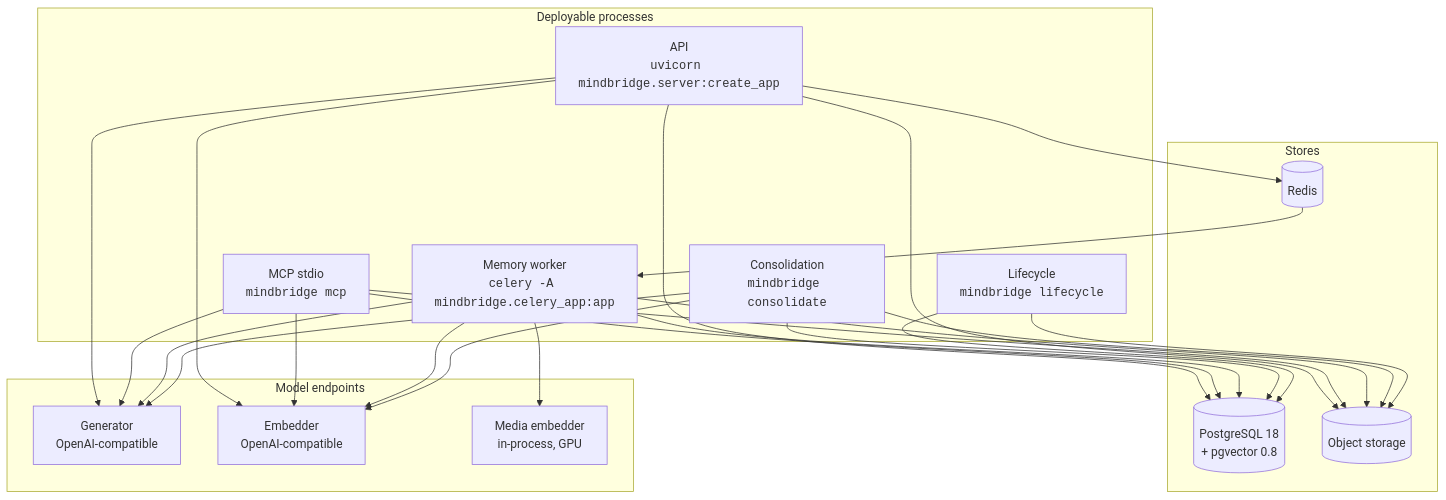
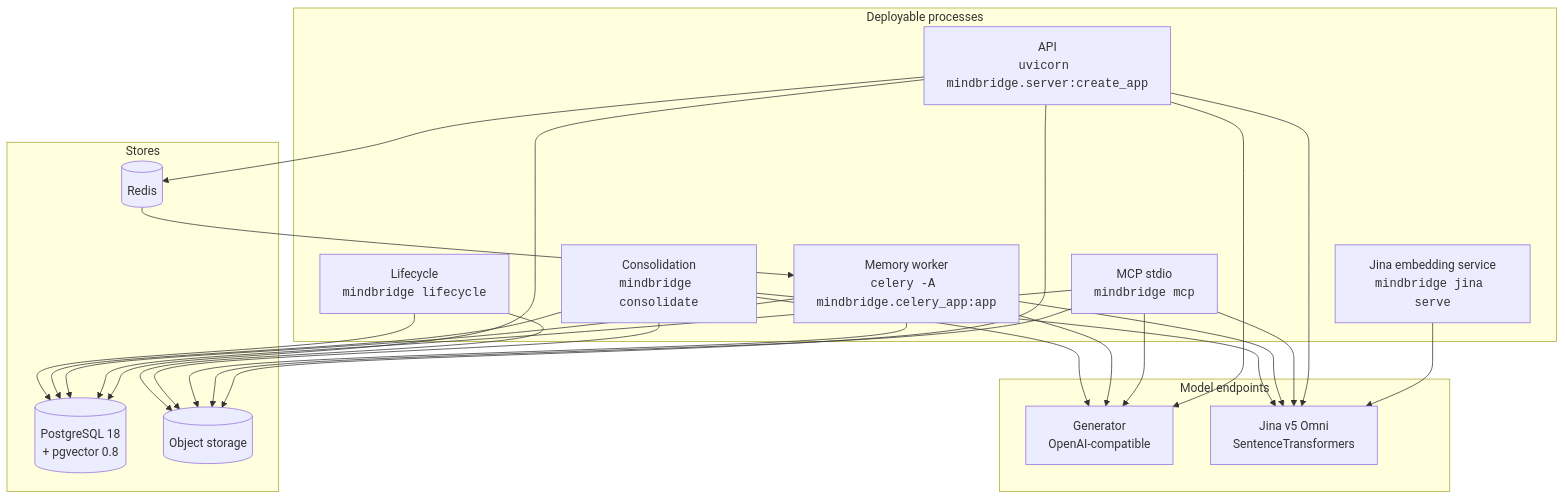
One commit to EventHorizon-Lab/MindBridge changed the first of 3 diagrams in docs/architecture.md. Above: the diagram before and after it, drawn with Mermaid. The commit also changed other lines of this file and 21 other files, not shown here.

Commit message:
Add Jina SentenceTransformers embedding service

````diff
--- a/docs/architecture.md
+++ b/docs/architecture.md
@@ -39,29 +39,30 @@
 ```mermaid
 flowchart TB
   subgraph proc["Deployable processes"]
+    jina["Jina embedding service<br/><code>mindbridge jina serve</code>"]
     api["API<br/><code>uvicorn mindbridge.server:create_app</code>"]
     mcp["MCP stdio<br/><code>mindbridge mcp</code>"]
     worker["Memory worker<br/><code>celery -A mindbridge.celery_app:app</code>"]
     cons["Consolidation<br/><code>mindbridge consolidate</code>"]
     life["Lifecycle<br/><code>mindbridge lifecycle</code>"]
   end
 
   subgraph data["Stores"]
     pg[("PostgreSQL 18<br/>+ pgvector 0.8")]
     redis[("Redis")]
     s3[("Object storage")]
   end
 
   subgraph models["Model endpoints"]
     gen["Generator<br/>OpenAI-compatible"]
-    emb["Embedder<br/>OpenAI-compatible"]
-    local["Media embedder<br/>in-process, GPU"]
+    emb["Jina v5 Omni<br/>SentenceTransformers"]
   end
 
+  jina --> emb
   api --> pg & redis & s3 & gen & emb
   mcp --> pg & s3 & gen & emb
   redis --> worker
-  worker --> pg & s3 & gen & emb & local
+  worker --> pg & s3 & gen & emb
   cons --> pg & s3 & gen & emb
   life --> pg & s3
 ```
````
